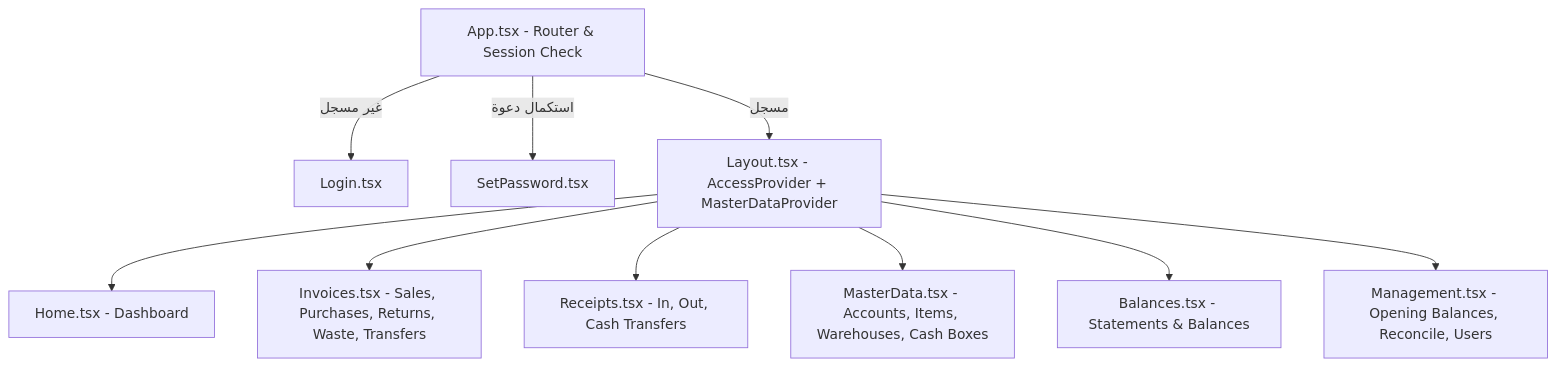
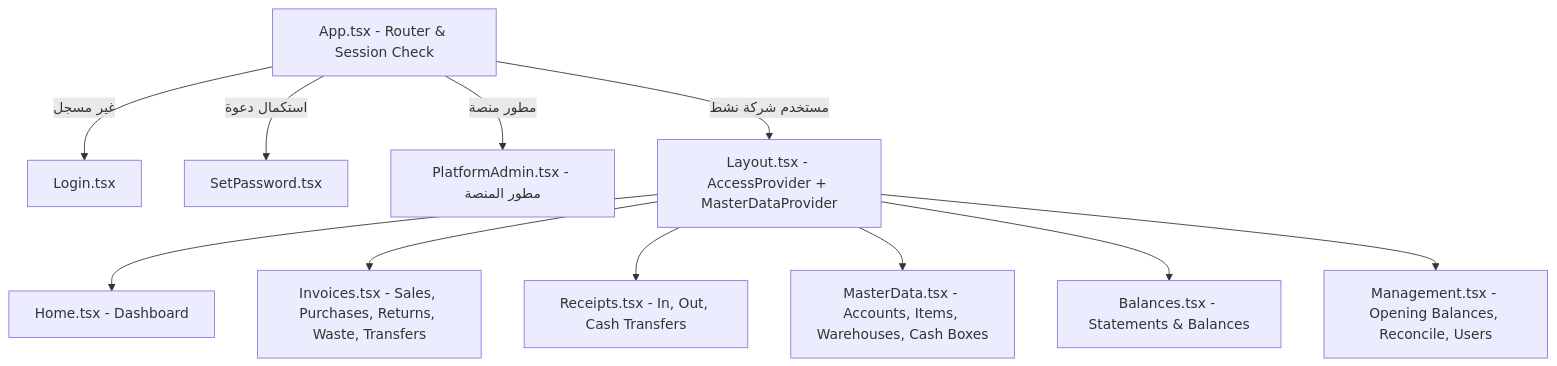
One commit to xCaproX/MaksabPlus changed the diagram in docs/architecture/FRONTEND_UI.md. Above: the diagram before and after it, drawn with Mermaid. The commit also changed other lines of this file and 19 other files, not shown here.

````diff
--- a/docs/architecture/FRONTEND_UI.md
+++ b/docs/architecture/FRONTEND_UI.md
@@ -9,23 +9,25 @@
 ```mermaid
 flowchart TD
     App[App.tsx - Router & Session Check]
     Login[Login.tsx]
     SetPassword[SetPassword.tsx]
+    PlatformAdmin[PlatformAdmin.tsx - مطور المنصة]
     Layout[Layout.tsx - AccessProvider + MasterDataProvider]
     Home[Home.tsx - Dashboard]
     Invoices[Invoices.tsx - Sales, Purchases, Returns, Waste, Transfers]
     Receipts[Receipts.tsx - In, Out, Cash Transfers]
     MasterData[MasterData.tsx - Accounts, Items, Warehouses, Cash Boxes]
     Balances[Balances.tsx - Statements & Balances]
     Management[Management.tsx - Opening Balances, Reconcile, Users]
 
     App -->|غير مسجل| Login
     App -->|استكمال دعوة| SetPassword
-    App -->|مسجل| Layout
+    App -->|مطور منصة| PlatformAdmin
+    App -->|مستخدم شركة نشط| Layout
     Layout --> Home
     Layout --> Invoices
     Layout --> Receipts
     Layout --> MasterData
     Layout --> Balances
     Layout --> Management
 ```
````
